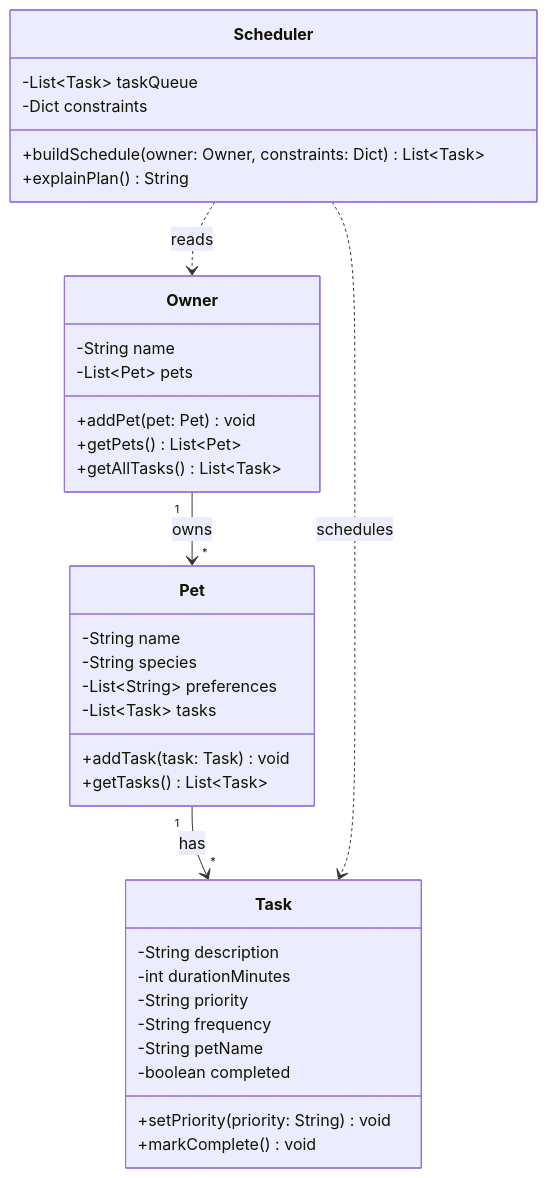
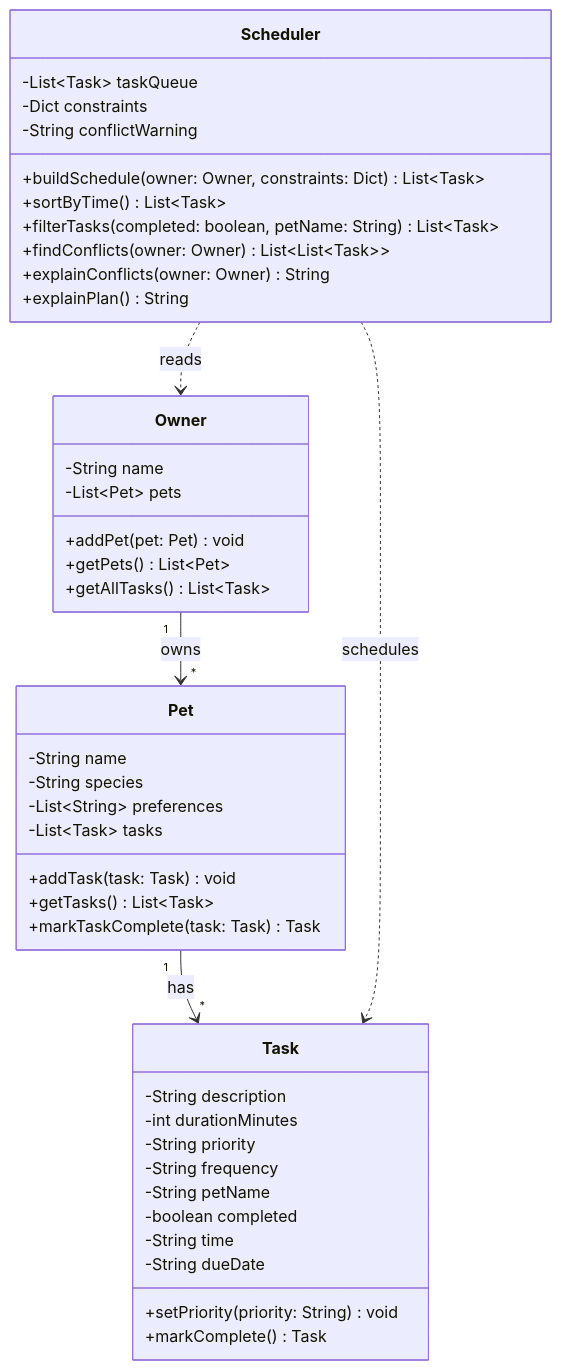
The diagram in diagrams/uml.mmd (jeremiahmattison/ai110-module2show-pawpal-starter), drawn with Mermaid before and after one commit. The commit also changed 5 other files, not shown here.

```diff
--- a/diagrams/uml.mmd
+++ b/diagrams/uml.mmd
@@ -1,40 +1,48 @@
 classDiagram
     class Owner {
         -String name
         -List~Pet~ pets
         +addPet(pet: Pet) void
         +getPets() List~Pet~
         +getAllTasks() List~Task~
     }
 
     class Pet {
         -String name
         -String species
         -List~String~ preferences
         -List~Task~ tasks
         +addTask(task: Task) void
         +getTasks() List~Task~
+        +markTaskComplete(task: Task) Task
     }
 
     class Task {
         -String description
         -int durationMinutes
         -String priority
         -String frequency
         -String petName
         -boolean completed
+        -String time
+        -String dueDate
         +setPriority(priority: String) void
-        +markComplete() void
+        +markComplete() Task
     }
 
     class Scheduler {
         -List~Task~ taskQueue
         -Dict constraints
+        -String conflictWarning
         +buildSchedule(owner: Owner, constraints: Dict) List~Task~
+        +sortByTime() List~Task~
+        +filterTasks(completed: boolean, petName: String) List~Task~
+        +findConflicts(owner: Owner) List~List~Task~~
+        +explainConflicts(owner: Owner) String
         +explainPlan() String
     }
 
     Owner "1" --> "*" Pet : owns
     Pet "1" --> "*" Task : has
     Scheduler ..> Owner : reads
     Scheduler ..> Task : schedules
```
